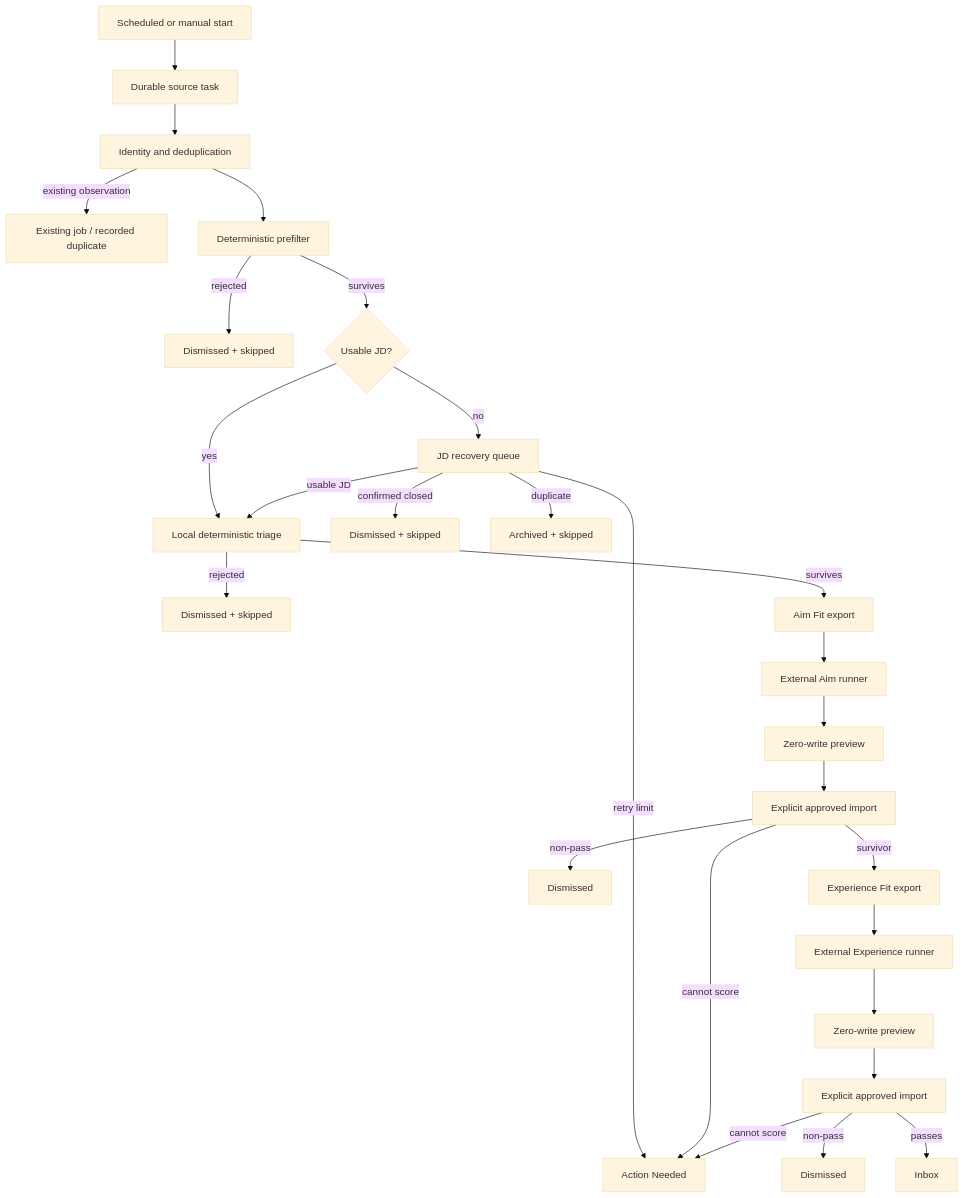
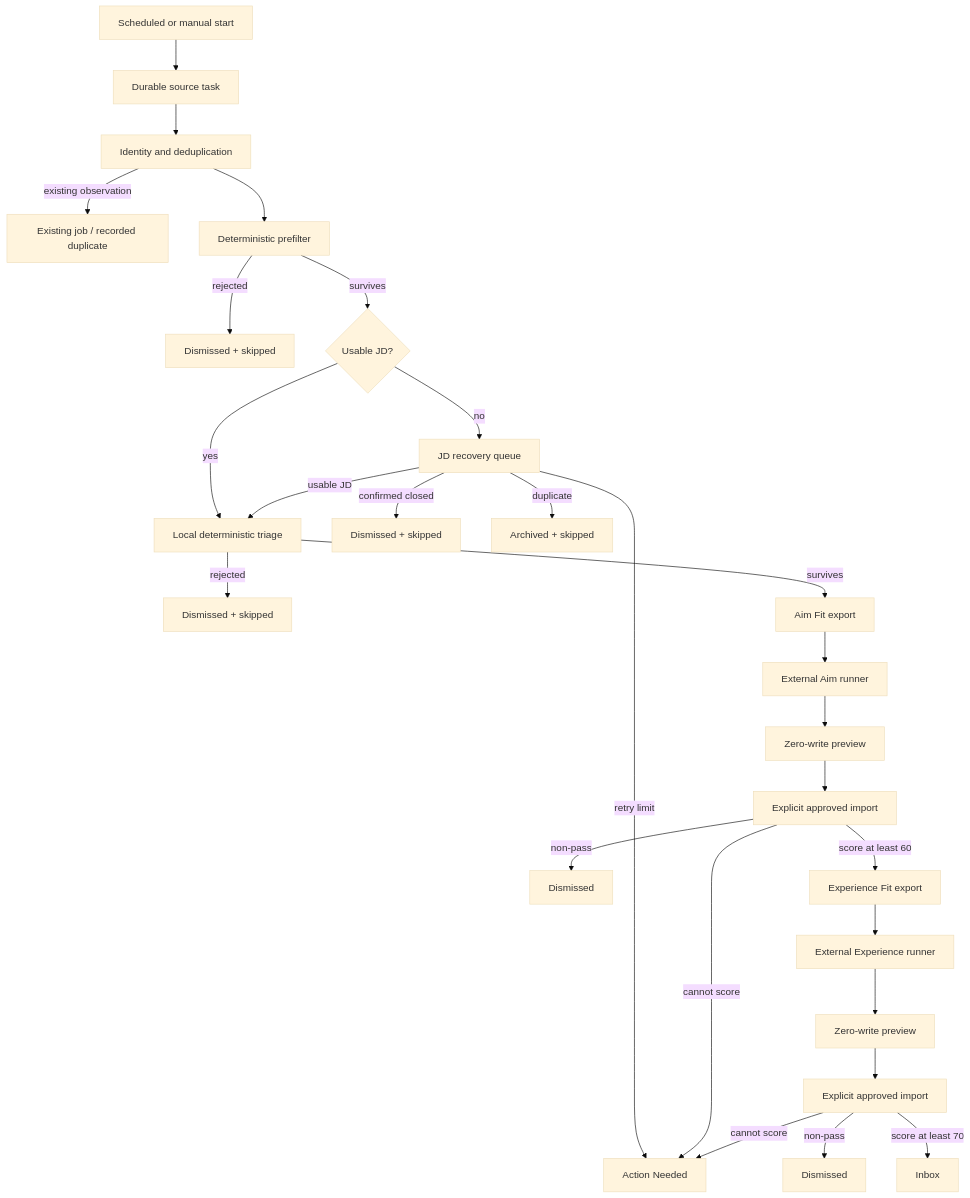
Before and after one commit to j85473/career-dashboard: the diagram in docs/CAREER_DASHBOARD_PIPELINE_CONTRACT.md, drawn with Mermaid (base theme). The commit also changed other lines of this file and 6 other files, not shown here.

Commit message:
Refresh Dashboard documentation and pipeline diagrams

````diff
--- a/docs/CAREER_DASHBOARD_PIPELINE_CONTRACT.md
+++ b/docs/CAREER_DASHBOARD_PIPELINE_CONTRACT.md
@@ -9,32 +9,32 @@
 ```mermaid
 flowchart TD
     start["Scheduled or manual start"] --> source["Durable source task"]
     source --> identity["Identity and deduplication"]
     identity -->|"existing observation"| duplicate["Existing job / recorded duplicate"]
     identity --> prefilter["Deterministic prefilter"]
     prefilter -->|"rejected"| earlyDismiss["Dismissed + skipped"]
     prefilter -->|"survives"| jdGate{"Usable JD?"}
 
     jdGate -->|"yes"| local["Local deterministic triage"]
     jdGate -->|"no"| recovery["JD recovery queue"]
     recovery -->|"usable JD"| local
     recovery -->|"confirmed closed"| closed["Dismissed + skipped"]
     recovery -->|"duplicate"| archived["Archived + skipped"]
     recovery -->|"retry limit"| action["Action Needed"]
 
     local -->|"rejected"| localDismiss["Dismissed + skipped"]
     local -->|"survives"| aimExport["Aim Fit export"]
     aimExport --> aimRunner["External Aim runner"]
     aimRunner --> aimPreview["Zero-write preview"]
     aimPreview --> aimApply["Explicit approved import"]
     aimApply -->|"non-pass"| aimDismiss["Dismissed"]
     aimApply -->|"cannot score"| action
-    aimApply -->|"survivor"| experienceExport["Experience Fit export"]
+    aimApply -->|"score at least 60"| experienceExport["Experience Fit export"]
 
     experienceExport --> experienceRunner["External Experience runner"]
     experienceRunner --> experiencePreview["Zero-write preview"]
     experiencePreview --> experienceApply["Explicit approved import"]
     experienceApply -->|"non-pass"| experienceDismiss["Dismissed"]
     experienceApply -->|"cannot score"| action
-    experienceApply -->|"passes"| inbox["Inbox"]
+    experienceApply -->|"score at least 70"| inbox["Inbox"]
 ```
````
